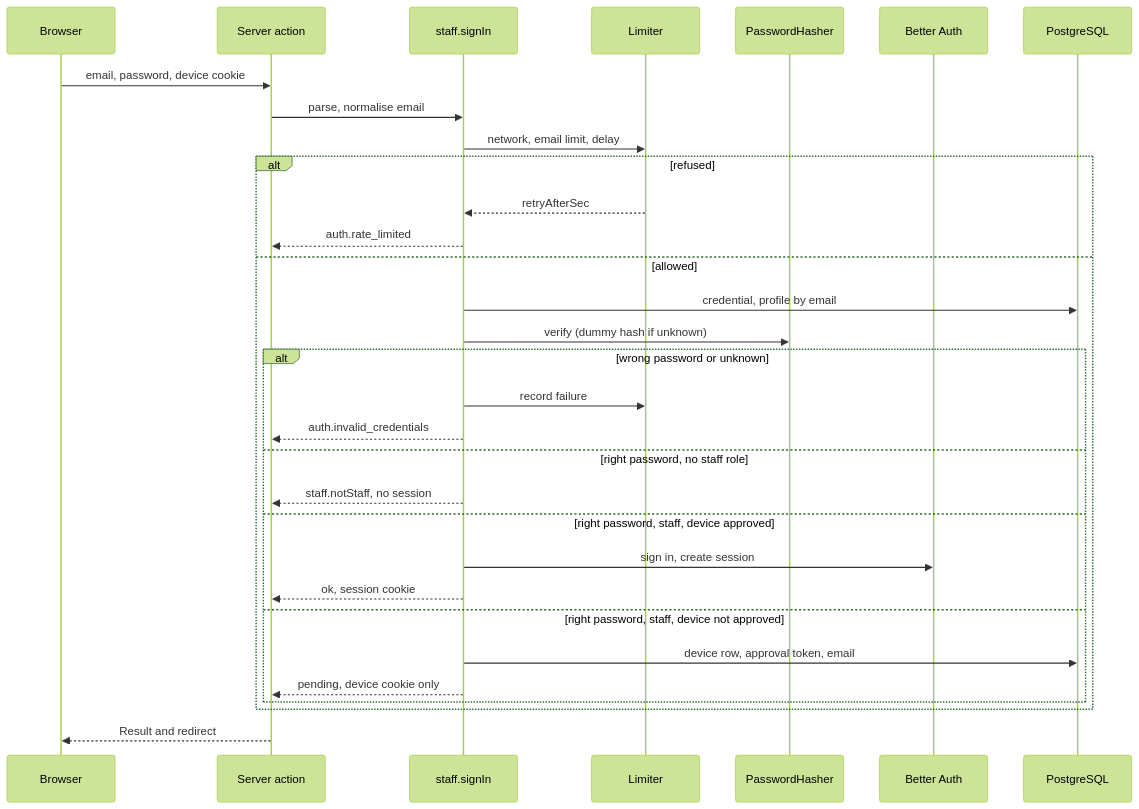
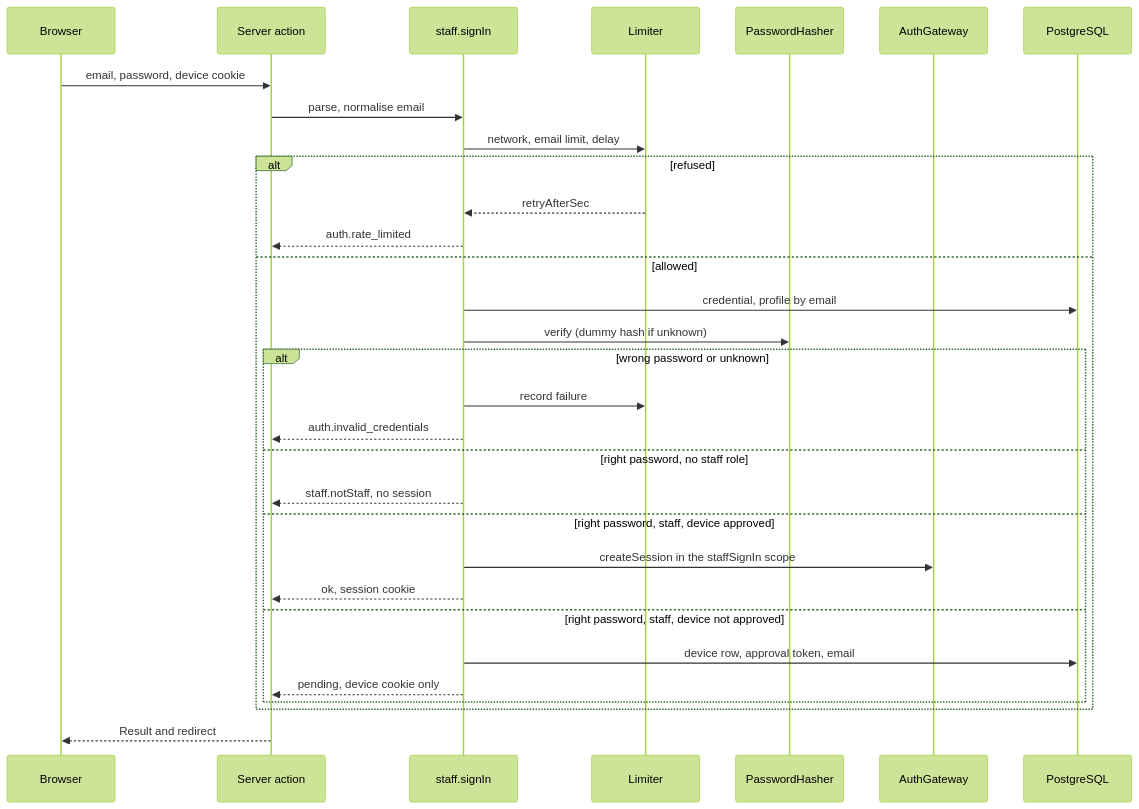
The first of 5 diagrams in docs/aidlc-migration/design-drafts/t-103-staff-access-and-devices/functional-spec.md (Md-Alamin-BS/RogiKotha), drawn with Mermaid (forest theme) before and after one commit. The commit also changed other lines of this file and 133 other files, not shown here.

````diff
--- a/docs/aidlc-migration/design-drafts/t-103-staff-access-and-devices/functional-spec.md
+++ b/docs/aidlc-migration/design-drafts/t-103-staff-access-and-devices/functional-spec.md
@@ -45,33 +116,33 @@
 ```mermaid
 sequenceDiagram
     participant B as Browser
     participant A as Server action
     participant C as staff.signIn
     participant L as Limiter
     participant H as PasswordHasher
-    participant BA as Better Auth
+    participant G as AuthGateway
     participant DB as PostgreSQL
     B->>A: email, password, device cookie
     A->>C: parse, normalise email
     C->>L: network, email limit, delay
     alt refused
         L-->>C: retryAfterSec
         C-->>A: auth.rate_limited
     else allowed
         C->>DB: credential, profile by email
         C->>H: verify (dummy hash if unknown)
         alt wrong password or unknown
             C->>L: record failure
             C-->>A: auth.invalid_credentials
         else right password, no staff role
             C-->>A: staff.notStaff, no session
         else right password, staff, device approved
-            C->>BA: sign in, create session
+            C->>G: createSession in the staffSignIn scope
             C-->>A: ok, session cookie
         else right password, staff, device not approved
             C->>DB: device row, approval token, email
             C-->>A: pending, device cookie only
         end
     end
     A-->>B: Result and redirect
 ```
````
